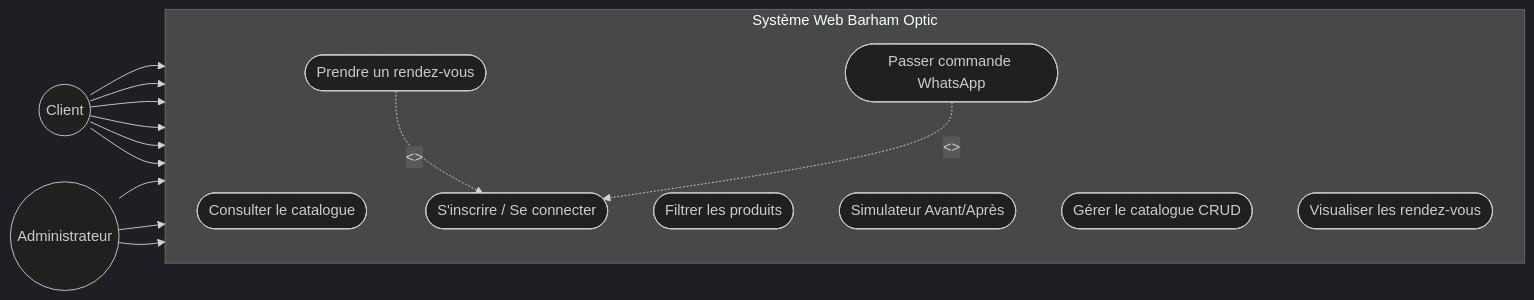
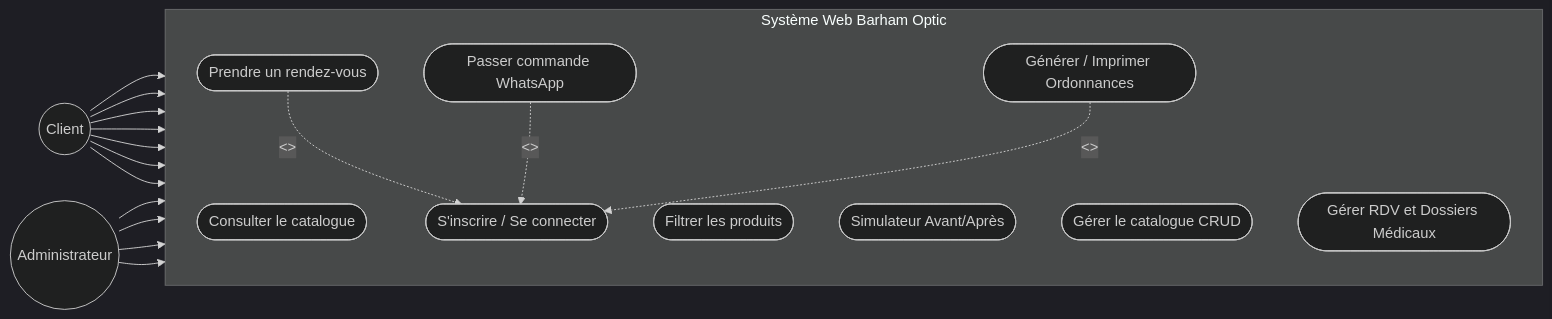
The first of 6 diagrams in Memoire_Complet_Barham_Optic.md (Midousy92/Barham_Optic), drawn with Mermaid (dark theme) before and after one commit. The commit also changed other lines of this file and 10 other files, not shown here.

````diff
--- a/Memoire_Complet_Barham_Optic.md
+++ b/Memoire_Complet_Barham_Optic.md
@@ -154,31 +155,35 @@
 ```mermaid
 flowchart LR
     Client((Client))
     Admin((Administrateur))
     
     subgraph "Système Web Barham Optic"
         direction TB
         uc1([Consulter le catalogue])
         uc2([Filtrer les produits])
         uc3([Simulateur Avant/Après])
         uc4([S'inscrire / Se connecter])
         uc5([Prendre un rendez-vous])
         uc6([Passer commande WhatsApp])
         uc7([Gérer le catalogue CRUD])
-        uc8([Visualiser les rendez-vous])
+        uc8([Gérer RDV et Dossiers Médicaux])
+        uc9([Générer / Imprimer Ordonnances])
     end
     
     Client --> uc1
     Client --> uc2
     Client --> uc3
     Client --> uc4
     Client --> uc5
     Client --> uc6
+    Client --> uc9
     
     uc5 -. "<<include>>" .-> uc4
     uc6 -. "<<extend>>" .-> uc4
+    uc9 -. "<<include>>" .-> uc4
     
     Admin --> uc4
     Admin --> uc7
     Admin --> uc8
+    Admin --> uc9
 ```
````
